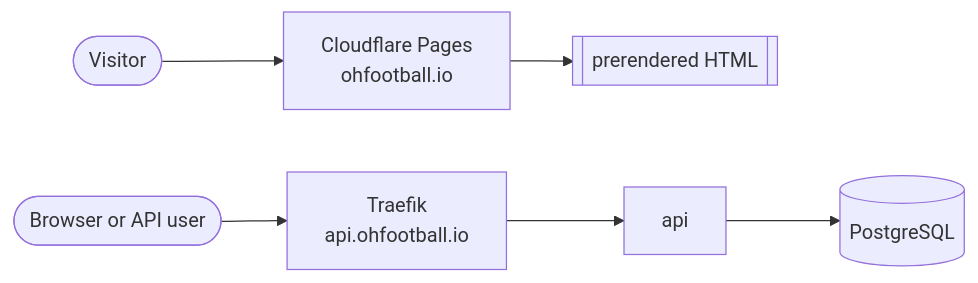
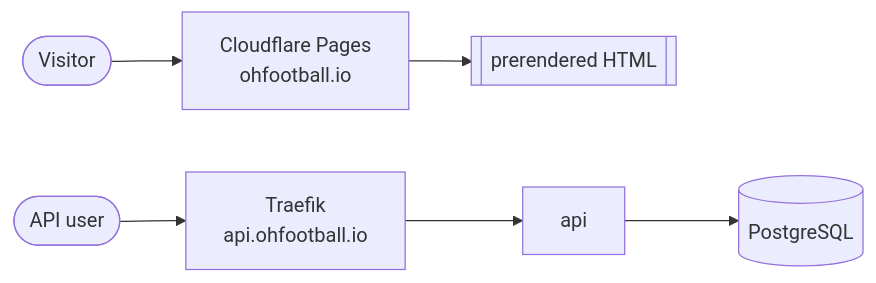
The fourth of 4 diagrams in docs/architecture.md (StephenODea54/ohfootball.io), drawn with Mermaid before and after one commit. The commit also changed other lines of this file and 1 other file, not shown here.

First line of the commit message:
Describe the static site and the API key

````diff
--- a/docs/architecture.md
+++ b/docs/architecture.md
@@ -207,5 +208,5 @@
 ```mermaid
 flowchart LR
     visitor(["Visitor"]) --> pages["Cloudflare Pages<br/>ohfootball.io"] --> files[["prerendered HTML"]]
-    caller(["Browser or API user"]) --> proxy["Traefik<br/>api.ohfootball.io"] --> api["api"] --> warehouse[("PostgreSQL")]
+    caller(["API user"]) --> proxy["Traefik<br/>api.ohfootball.io"] --> api["api"] --> warehouse[("PostgreSQL")]
 ```
````
